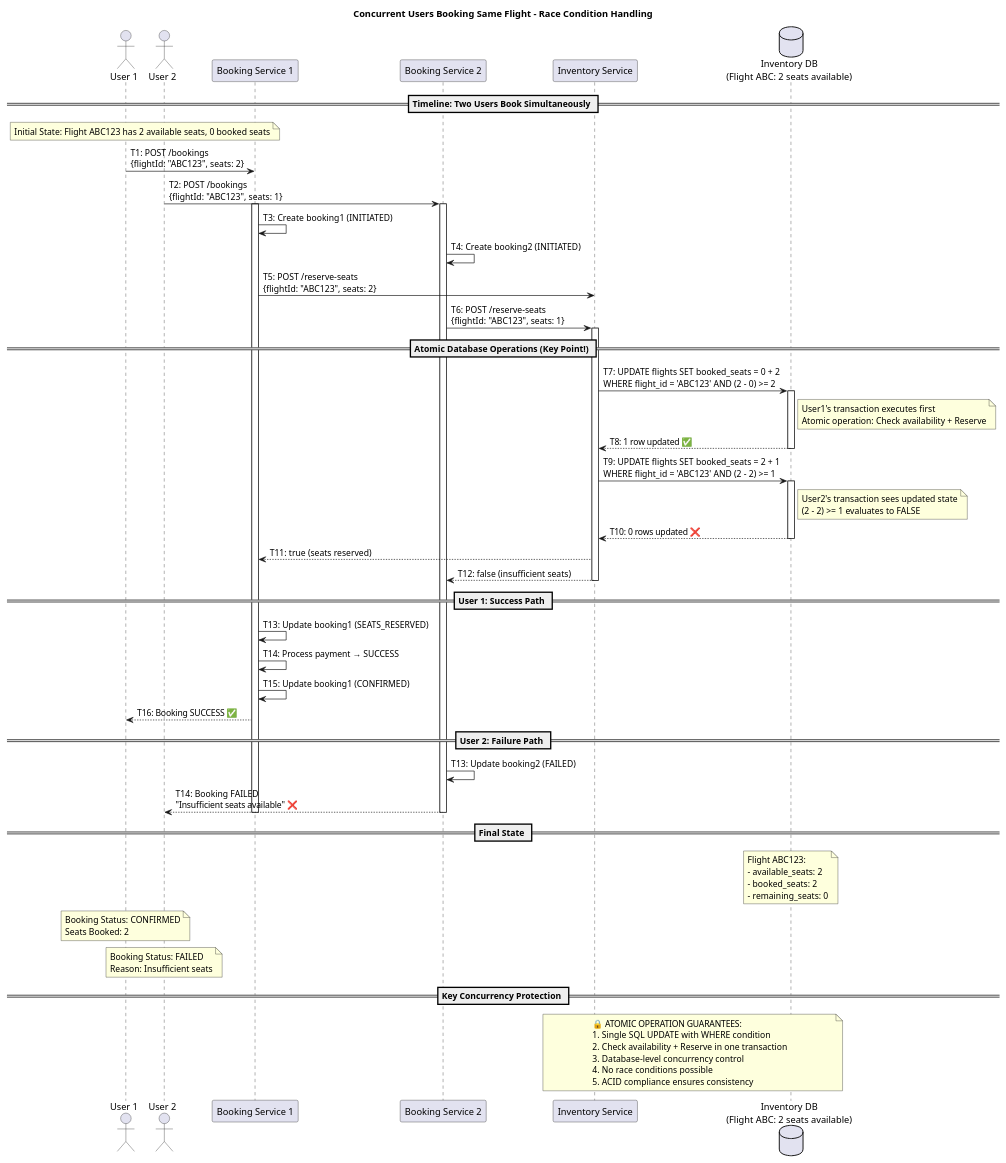
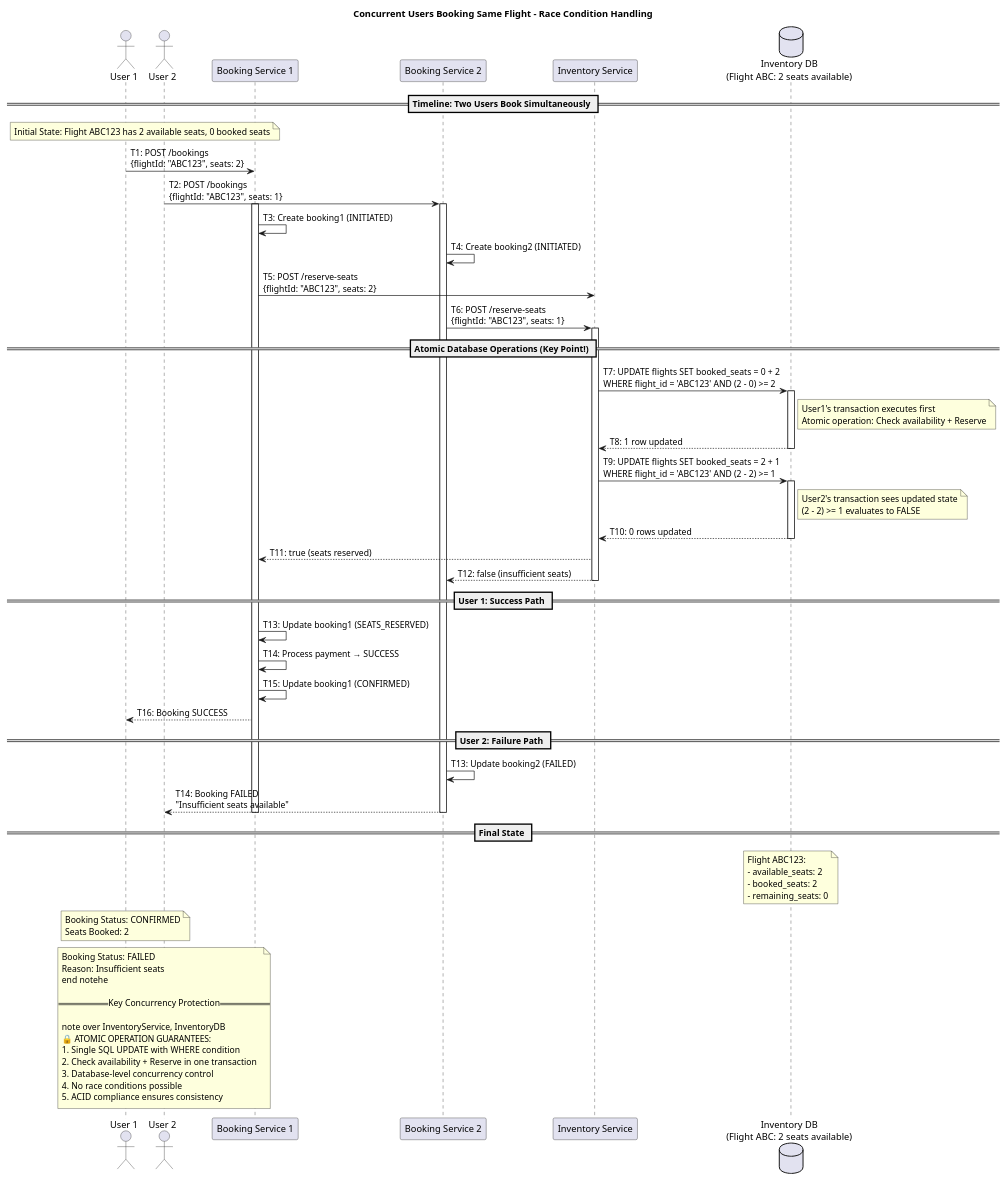
One commit to harshshah8/flight-booking-system changed the diagram in docs/concurrent-booking-diagram.puml. Above: the diagram before and after it, drawn with PlantUML. The commit also changed 9 other files, not shown here.

```diff
--- a/docs/concurrent-booking-diagram.puml
+++ b/docs/concurrent-booking-diagram.puml
@@ -1,106 +1,106 @@
 @startuml Concurrent Booking Scenario
 
 title Concurrent Users Booking Same Flight - Race Condition Handling
 
 actor "User 1" as User1
 actor "User 2" as User2
 participant "Booking Service 1" as BS1
 participant "Booking Service 2" as BS2
 participant "Inventory Service" as InventoryService
 database "Inventory DB\n(Flight ABC: 2 seats available)" as InventoryDB
 
 == Timeline: Two Users Book Simultaneously ==
 
 note over User1, User2
 Initial State: Flight ABC123 has 2 available seats, 0 booked seats
 end note
 
 User1 -> BS1: T1: POST /bookings\n{flightId: "ABC123", seats: 2}
 User2 -> BS2: T2: POST /bookings\n{flightId: "ABC123", seats: 1}
 
 activate BS1
 activate BS2
 
 BS1 -> BS1: T3: Create booking1 (INITIATED)
 BS2 -> BS2: T4: Create booking2 (INITIATED)
 
 BS1 -> InventoryService: T5: POST /reserve-seats\n{flightId: "ABC123", seats: 2}
 BS2 -> InventoryService: T6: POST /reserve-seats\n{flightId: "ABC123", seats: 1}
 
 activate InventoryService
 
 == Atomic Database Operations (Key Point!) ==
 
 InventoryService -> InventoryDB: T7: UPDATE flights SET booked_seats = 0 + 2\nWHERE flight_id = 'ABC123' AND (2 - 0) >= 2
 activate InventoryDB
 
 note right of InventoryDB
 User1's transaction executes first
 Atomic operation: Check availability + Reserve
 end note
 
-InventoryDB --> InventoryService: T8: 1 row updated ✅
+InventoryDB --> InventoryService: T8: 1 row updated
 deactivate InventoryDB
 
 InventoryService -> InventoryDB: T9: UPDATE flights SET booked_seats = 2 + 1\nWHERE flight_id = 'ABC123' AND (2 - 2) >= 1
 activate InventoryDB
 
 note right of InventoryDB
 User2's transaction sees updated state
 (2 - 2) >= 1 evaluates to FALSE
 end note
 
-InventoryDB --> InventoryService: T10: 0 rows updated ❌
+InventoryDB --> InventoryService: T10: 0 rows updated
 deactivate InventoryDB
 
 InventoryService --> BS1: T11: true (seats reserved)
 InventoryService --> BS2: T12: false (insufficient seats)
 
 deactivate InventoryService
 
 == User 1: Success Path ==
 
 BS1 -> BS1: T13: Update booking1 (SEATS_RESERVED)
 BS1 -> BS1: T14: Process payment → SUCCESS
 BS1 -> BS1: T15: Update booking1 (CONFIRMED)
-BS1 --> User1: T16: Booking SUCCESS ✅
+BS1 --> User1: T16: Booking SUCCESS
 
 == User 2: Failure Path ==
 
 BS2 -> BS2: T13: Update booking2 (FAILED)
-BS2 --> User2: T14: Booking FAILED\n"Insufficient seats available" ❌
+BS2 --> User2: T14: Booking FAILED\n"Insufficient seats available"
 
 deactivate BS1
 deactivate BS2
 
 == Final State ==
 
 note over InventoryDB
 Flight ABC123:
 - available_seats: 2
 - booked_seats: 2
 - remaining_seats: 0
 end note
 
 note over User1
 Booking Status: CONFIRMED
 Seats Booked: 2
 end note
 
 note over User2
 Booking Status: FAILED
 Reason: Insufficient seats
-end note
+end notehe
 
 == Key Concurrency Protection ==
 
 note over InventoryService, InventoryDB
 🔒 ATOMIC OPERATION GUARANTEES:
 1. Single SQL UPDATE with WHERE condition
 2. Check availability + Reserve in one transaction
 3. Database-level concurrency control
 4. No race conditions possible
 5. ACID compliance ensures consistency
 end note
 
 @enduml
```
